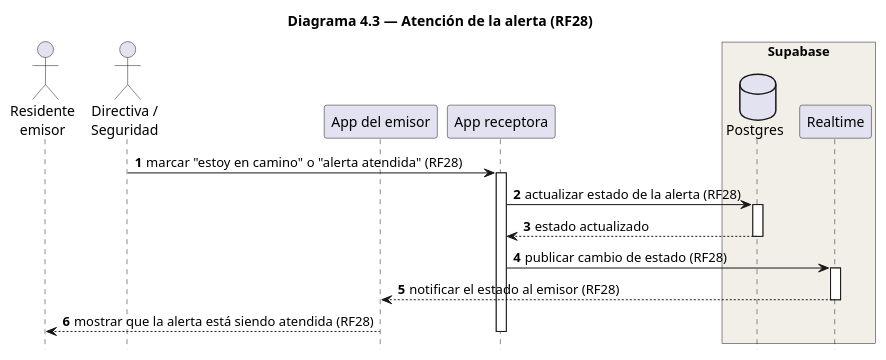
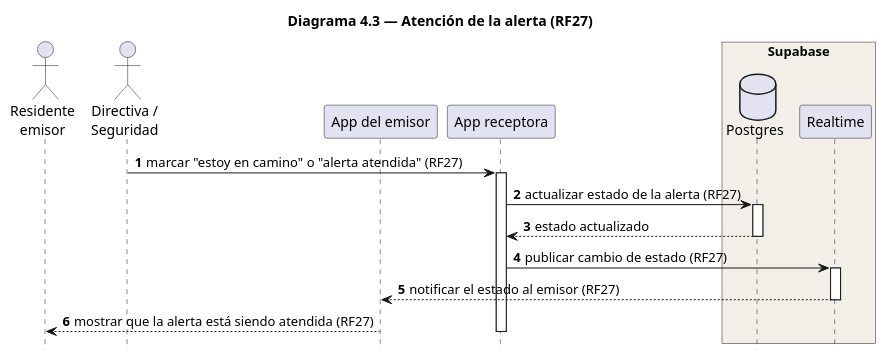
Before and after one commit to liusamfung/neighborgood-project: the diagram in docs/Arquitectura/secuencia/diagrama4_3_atencionAlerta.puml, drawn with PlantUML. The commit also changed 10 other files, not shown here.

First line of the commit message:
Renumera los RF de 1 a 31 en los diagramas de secuencia

```diff
--- a/docs/Arquitectura/secuencia/diagrama4_3_atencionAlerta.puml
+++ b/docs/Arquitectura/secuencia/diagrama4_3_atencionAlerta.puml
@@ -1,29 +1,29 @@
 @startuml Diagrama4_3_AtencionAlerta
-title Diagrama 4.3 — Atención de la alerta (RF28)
+title Diagrama 4.3 — Atención de la alerta (RF27)
 
 hide footbox
 autonumber
 
 actor "Residente\nemisor" as RES
 actor "Directiva /\nSeguridad" as ADM
 participant "App del emisor" as APPE
 participant "App receptora" as APPR
 
 box "Supabase" #F1EFE8
     database "Postgres" as DB
     participant "Realtime" as RT
 end box
 
-ADM -> APPR : marcar "estoy en camino" o "alerta atendida" (RF28)
+ADM -> APPR : marcar "estoy en camino" o "alerta atendida" (RF27)
 activate APPR
-APPR -> DB : actualizar estado de la alerta (RF28)
+APPR -> DB : actualizar estado de la alerta (RF27)
 activate DB
 DB --> APPR : estado actualizado
 deactivate DB
-APPR -> RT : publicar cambio de estado (RF28)
+APPR -> RT : publicar cambio de estado (RF27)
 activate RT
-RT --> APPE : notificar el estado al emisor (RF28)
+RT --> APPE : notificar el estado al emisor (RF27)
 deactivate RT
-APPE --> RES : mostrar que la alerta está siendo atendida (RF28)
+APPE --> RES : mostrar que la alerta está siendo atendida (RF27)
 deactivate APPR
 @enduml
```
